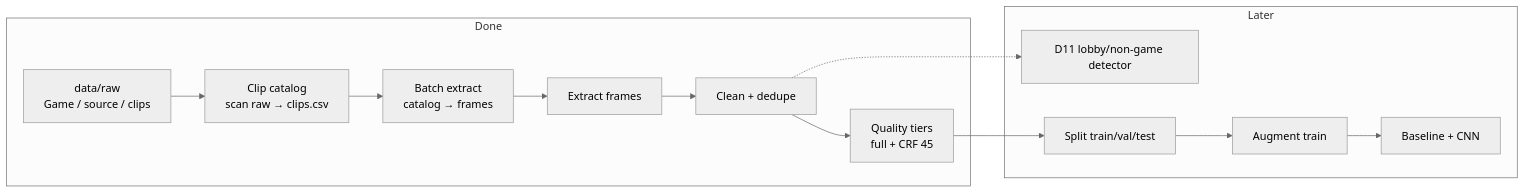
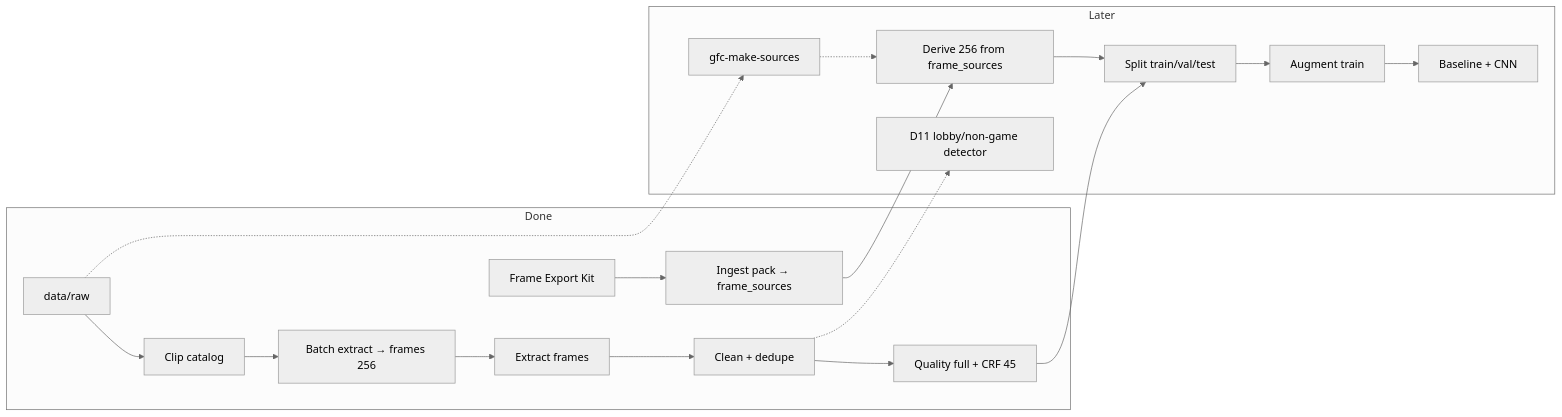
One commit to EdisonLing/game-frame-classifier changed the diagram in docs/pipeline-status.md. Above: the diagram before and after it, drawn with Mermaid (neutral theme). The commit also changed other lines of this file and 8 other files, not shown here.

````diff
--- a/docs/pipeline-status.md
+++ b/docs/pipeline-status.md
@@ -9,22 +18,29 @@
 ```mermaid
 flowchart LR
   subgraph done ["Done"]
-    R[data/raw<br/>Game / source / clips]
-    Cat[Clip catalog<br/>scan raw → clips.csv]
-    Batch[Batch extract<br/>catalog → frames]
+    R[data/raw]
+    Cat[Clip catalog]
+    Batch[Batch extract → frames 256]
     E[Extract frames]
     C[Clean + dedupe]
-    Q[Quality tiers<br/>full + CRF 45]
+    Q[Quality full + CRF 45]
+    FEK[Frame Export Kit]
+    Ing[Ingest pack → frame_sources]
   end
 
   subgraph later ["Later"]
+    Make[gfc-make-sources]
+    Der[Derive 256 from frame_sources]
     D11[D11 lobby/non-game detector]
     S[Split train/val/test]
     A[Augment train]
     M[Baseline + CNN]
   end
 
   R --> Cat --> Batch --> E
   E --> C --> Q --> S --> A --> M
   C -.-> D11
+  R -.-> Make -.-> Der
+  FEK --> Ing --> Der
+  Der --> S
 ```
````
